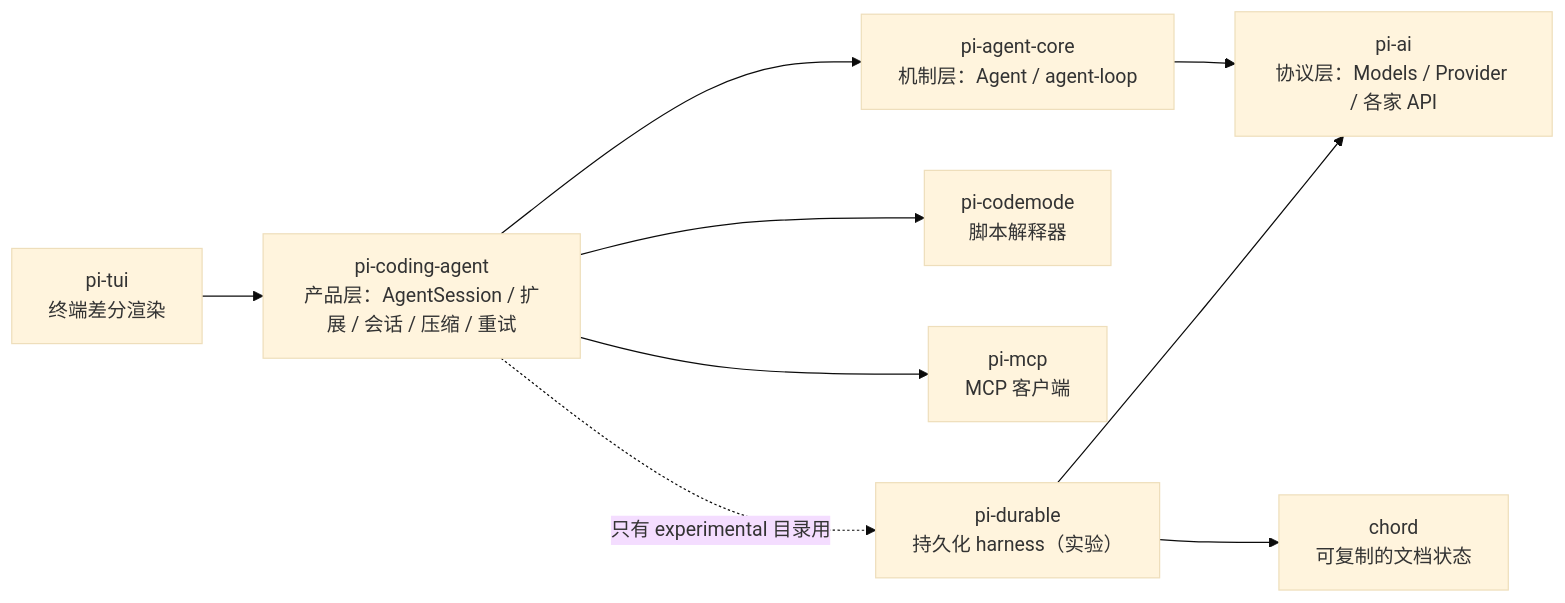
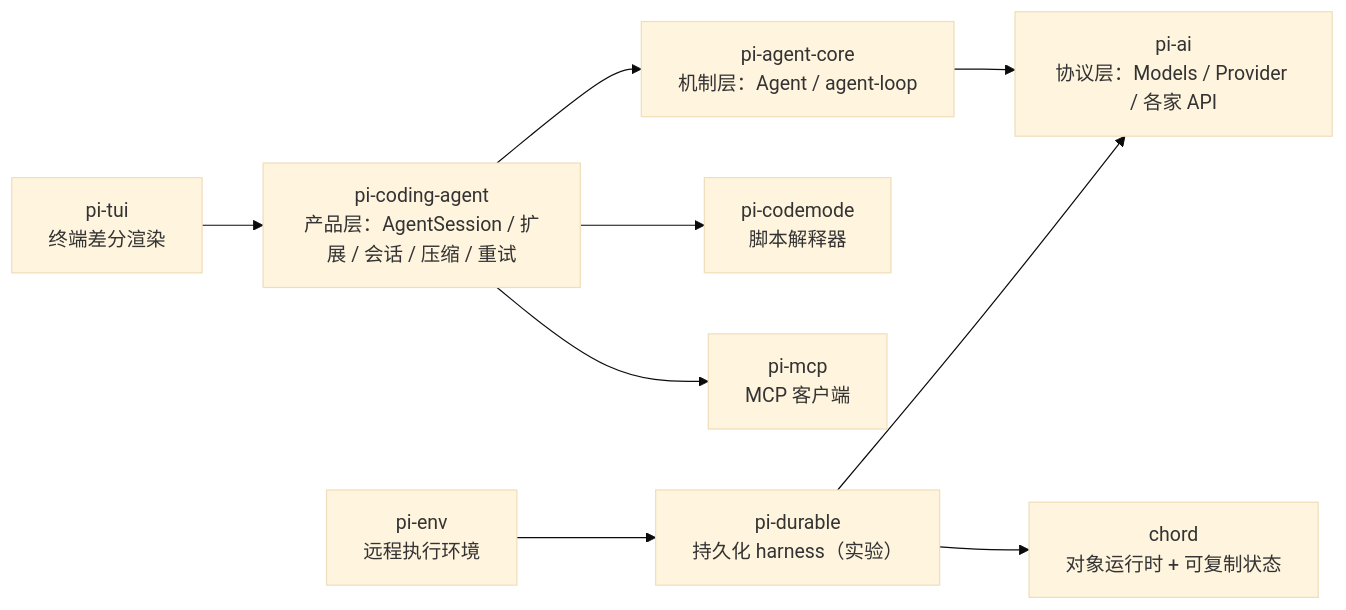
One commit to nickqiaoo/nickqiaoo.github.io changed the first of 19 diagrams in src/content/post/agents-pi-mono/index.md. Above: the diagram before and after it, drawn with Mermaid (base theme). The commit also changed other lines of this file, not shown here.

Commit message:
docs(agents-pi-mono): sync with pi-mono 790271cd0 and rewrite the chord section

````diff
--- a/src/content/post/agents-pi-mono/index.md
+++ b/src/content/post/agents-pi-mono/index.md
@@ -13,12 +13,12 @@
 ```mermaid
 graph LR
   TUI["pi-tui<br/>终端差分渲染"] --> CA
   CA["pi-coding-agent<br/>产品层：AgentSession / 扩展 / 会话 / 压缩 / 重试"] --> AG
   CA --> CM["pi-codemode<br/>脚本解释器"]
   CA --> MCP["pi-mcp<br/>MCP 客户端"]
   AG["pi-agent-core<br/>机制层：Agent / agent-loop"] --> AI
   AI["pi-ai<br/>协议层：Models / Provider / 各家 API"]
   DU["pi-durable<br/>持久化 harness（实验）"] --> AI
-  DU --> CHORD["chord<br/>可复制的文档状态"]
-  CA -. 只有 experimental 目录用 .-> DU
+  DU --> CHORD["chord<br/>对象运行时 + 可复制状态"]
+  ENV["pi-env<br/>远程执行环境"] --> DU
 ```
````
